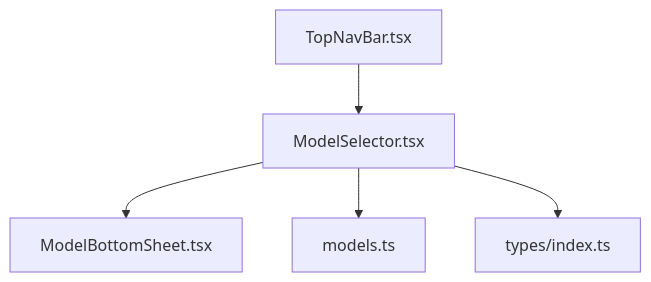
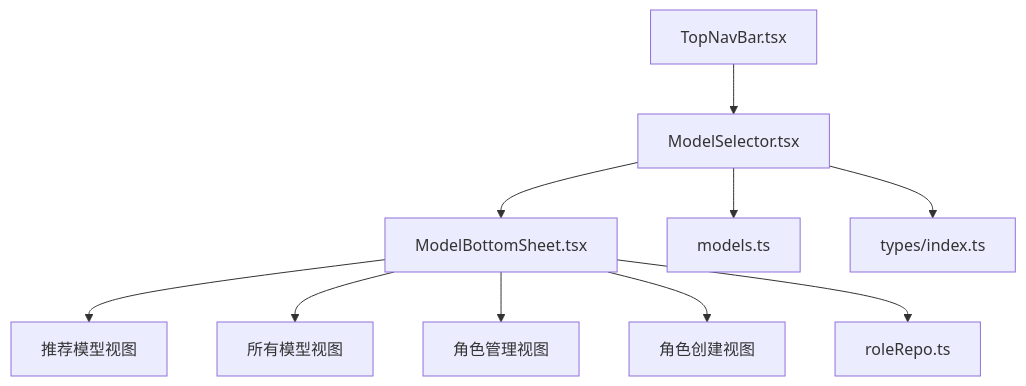
Before and after one commit to billye220670/AIShop: the first of 3 diagrams in .qoder/repowiki/zh/content/核心组件/模型选择器 ModelSelector.md, drawn with Mermaid. The commit also changed other lines of this file and 32 other files, not shown here.

````diff
--- a/.qoder/repowiki/zh/content/核心组件/模型选择器 ModelSelector.md
+++ b/.qoder/repowiki/zh/content/核心组件/模型选择器 ModelSelector.md
@@ -44,7 +58,12 @@
 ```mermaid
 graph TB
 A["TopNavBar.tsx"] --> B["ModelSelector.tsx"]
 B --> C["ModelBottomSheet.tsx"]
-B --> D["models.ts"]
-B --> E["types/index.ts"]
+C --> D["推荐模型视图"]
+C --> E["所有模型视图"]
+C --> F["角色管理视图"]
+C --> G["角色创建视图"]
+B --> H["models.ts"]
+B --> I["types/index.ts"]
+C --> J["roleRepo.ts"]
 ```
````
